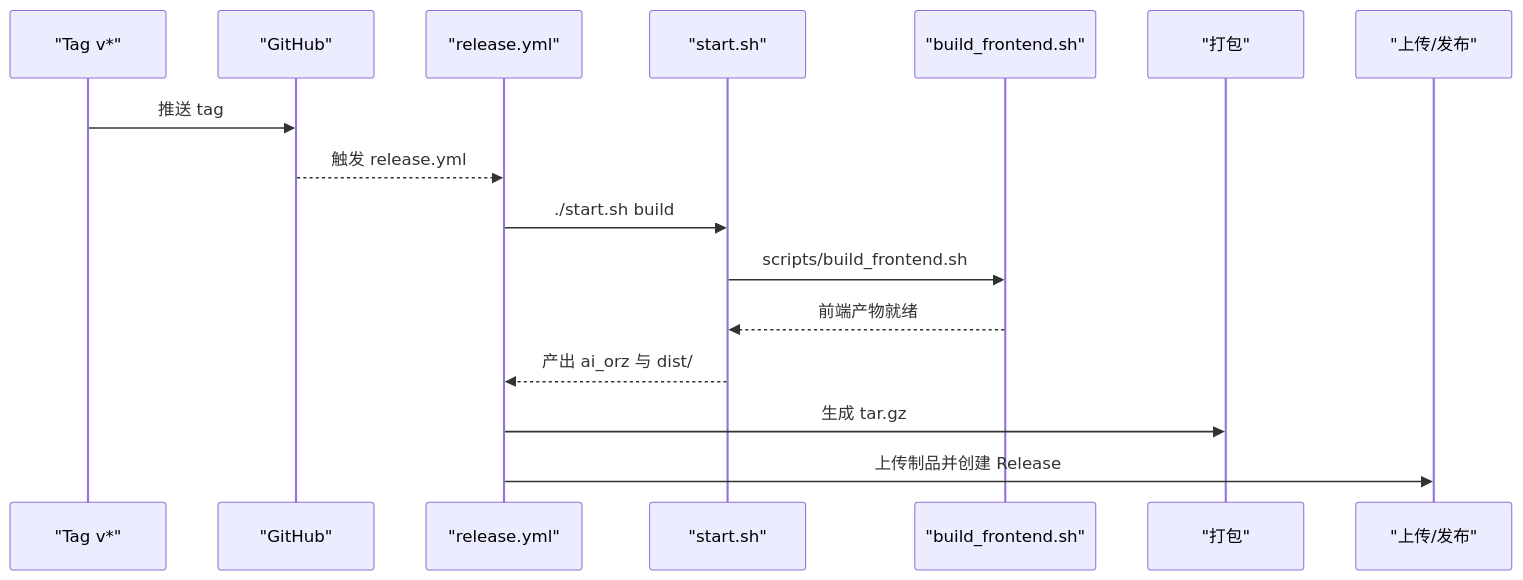
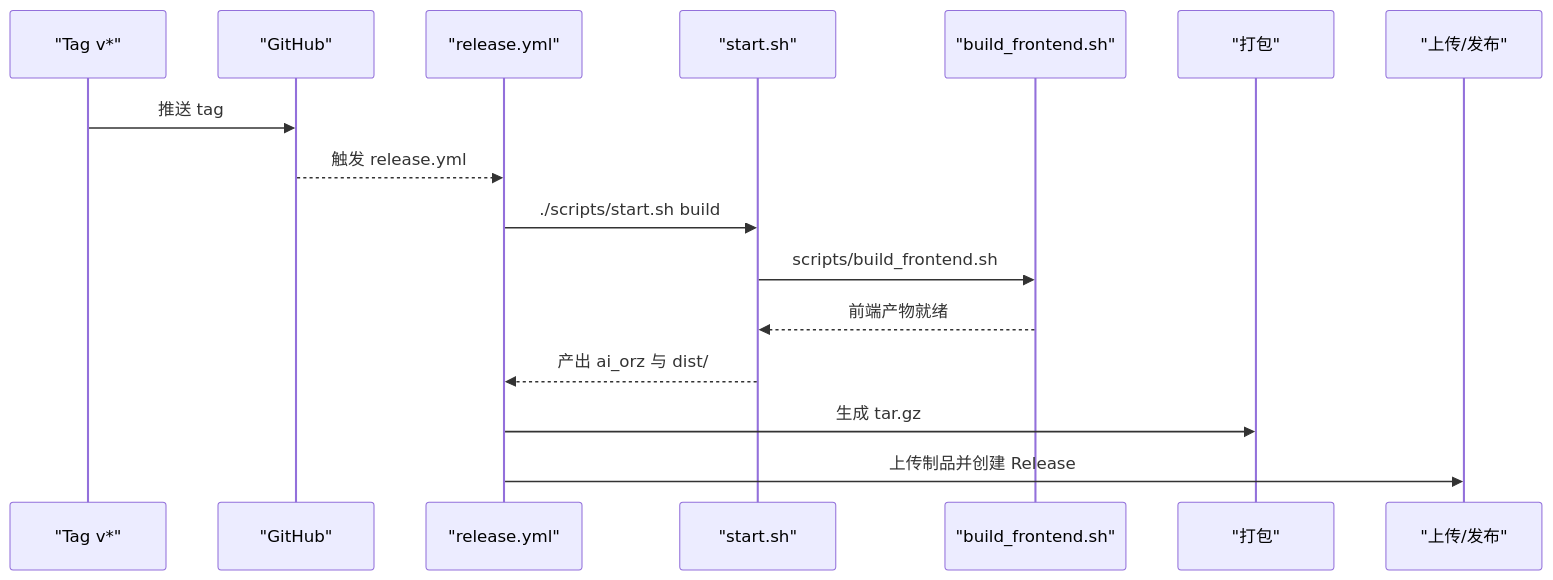
The fourth of 7 diagrams in docs/wiki/zh/content/基础设施/持续集成与发布工作流.md (runningcoders/ai_orz), drawn with Mermaid before and after one commit. The commit also changed other lines of this file and 14 other files, not shown here.

First line of the commit message:
refactor(scripts): start.sh/build.sh 迁入 scripts/ 统一管理，Makefile 为唯一根入口

````diff
--- a/docs/wiki/zh/content/基础设施/持续集成与发布工作流.md
+++ b/docs/wiki/zh/content/基础设施/持续集成与发布工作流.md
@@ -222,18 +222,18 @@
 ```mermaid
 sequenceDiagram
 participant Tag as "Tag v*"
 participant GH as "GitHub"
 participant R as "release.yml"
 participant S as "start.sh"
 participant F as "build_frontend.sh"
 participant P as "打包"
 participant U as "上传/发布"
 Tag->>GH : 推送 tag
 GH-->>R : 触发 release.yml
-R->>S : ./start.sh build
+R->>S : ./scripts/start.sh build
 S->>F : scripts/build_frontend.sh
 F-->>S : 前端产物就绪
 S-->>R : 产出 ai_orz 与 dist/
 R->>P : 生成 tar.gz
 R->>U : 上传制品并创建 Release
 ```
````
